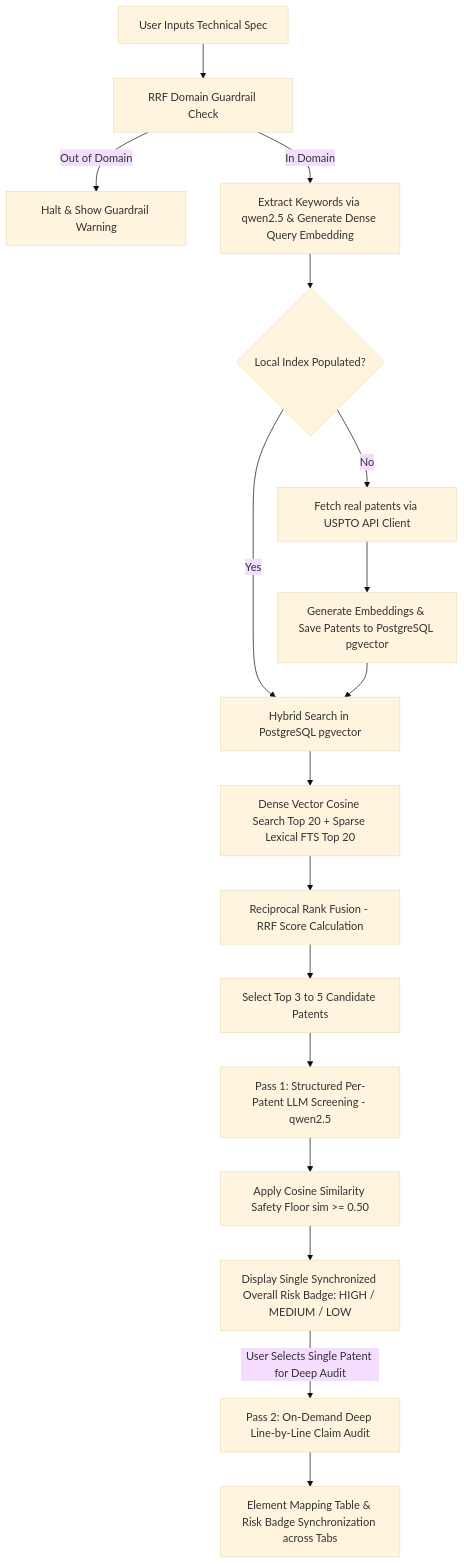
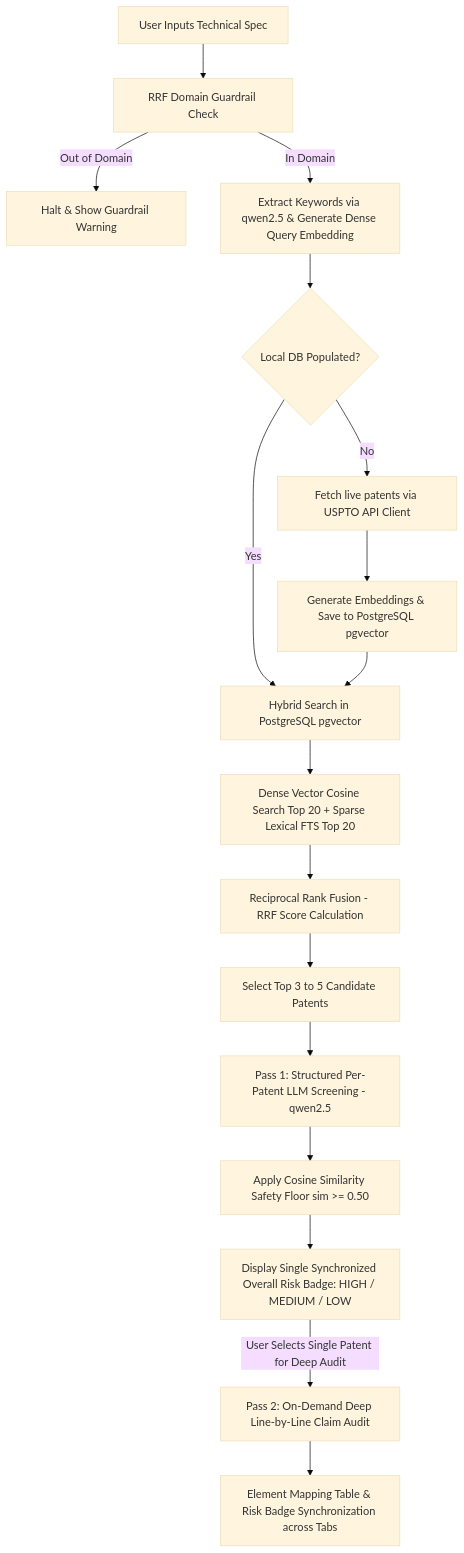
The diagram in README.md (laluni/software-ai-patent-auditor), drawn with Mermaid (base theme) before and after one commit. The commit also changed other lines of this file and 4 other files, not shown here.

````diff
--- a/README.md
+++ b/README.md
@@ -70,19 +72,19 @@
 ```mermaid
 flowchart TD
     A[User Inputs Technical Spec] --> B[RRF Domain Guardrail Check]
     B -->|Out of Domain| C[Halt & Show Guardrail Warning]
     B -->|In Domain| D[Extract Keywords via qwen2.5 & Generate Dense Query Embedding]
-    D --> E{Local Index Populated?}
-    E -->|No| F[Fetch real patents via USPTO API Client]
-    F --> G[Generate Embeddings & Save Patents to PostgreSQL pgvector]
+    D --> E{Local DB Populated?}
+    E -->|No| F[Fetch live patents via USPTO API Client]
+    F --> G[Generate Embeddings & Save to PostgreSQL pgvector]
     E -->|Yes| H[Hybrid Search in PostgreSQL pgvector]
     G --> H
     H --> I[Dense Vector Cosine Search Top 20 + Sparse Lexical FTS Top 20]
     I --> J[Reciprocal Rank Fusion - RRF Score Calculation]
     J --> K[Select Top 3 to 5 Candidate Patents]
     K --> L[Pass 1: Structured Per-Patent LLM Screening - qwen2.5]
     L --> M[Apply Cosine Similarity Safety Floor sim >= 0.50]
     M --> N[Display Single Synchronized Overall Risk Badge: HIGH / MEDIUM / LOW]
     N -->|User Selects Single Patent for Deep Audit| O[Pass 2: On-Demand Deep Line-by-Line Claim Audit]
     O --> P[Element Mapping Table & Risk Badge Synchronization across Tabs]
 ```
````
